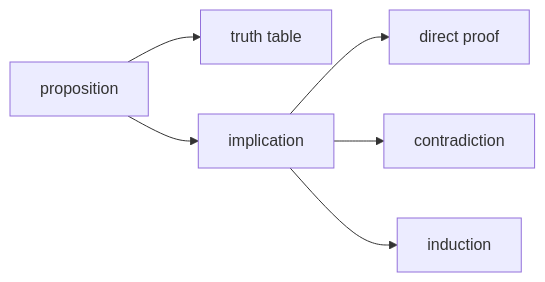
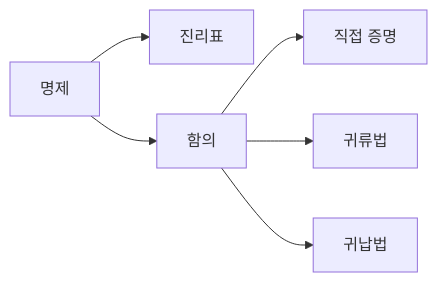
One commit to yeongseon-books/book-content changed the diagram in content/math-for-cs-101/ko/02-logic-and-proofs.md. Above: the diagram before and after it, drawn with Mermaid. The commit also changed other lines of this file and 8 other files, not shown here.

````diff
--- a/content/math-for-cs-101/ko/02-logic-and-proofs.md
+++ b/content/math-for-cs-101/ko/02-logic-and-proofs.md
@@ -33,8 +45,8 @@
 ```mermaid
 flowchart LR
-    Prop["proposition"] --> Truth["truth table"]
-    Prop --> Imply["implication"]
-    Imply --> Direct["direct proof"]
-    Imply --> Contra["contradiction"]
-    Imply --> Induct["induction"]
+    Prop["명제"] --> Truth["진리표"]
+    Prop --> Imply["함의"]
+    Imply --> Direct["직접 증명"]
+    Imply --> Contra["귀류법"]
+    Imply --> Induct["귀납법"]
 ```
````
